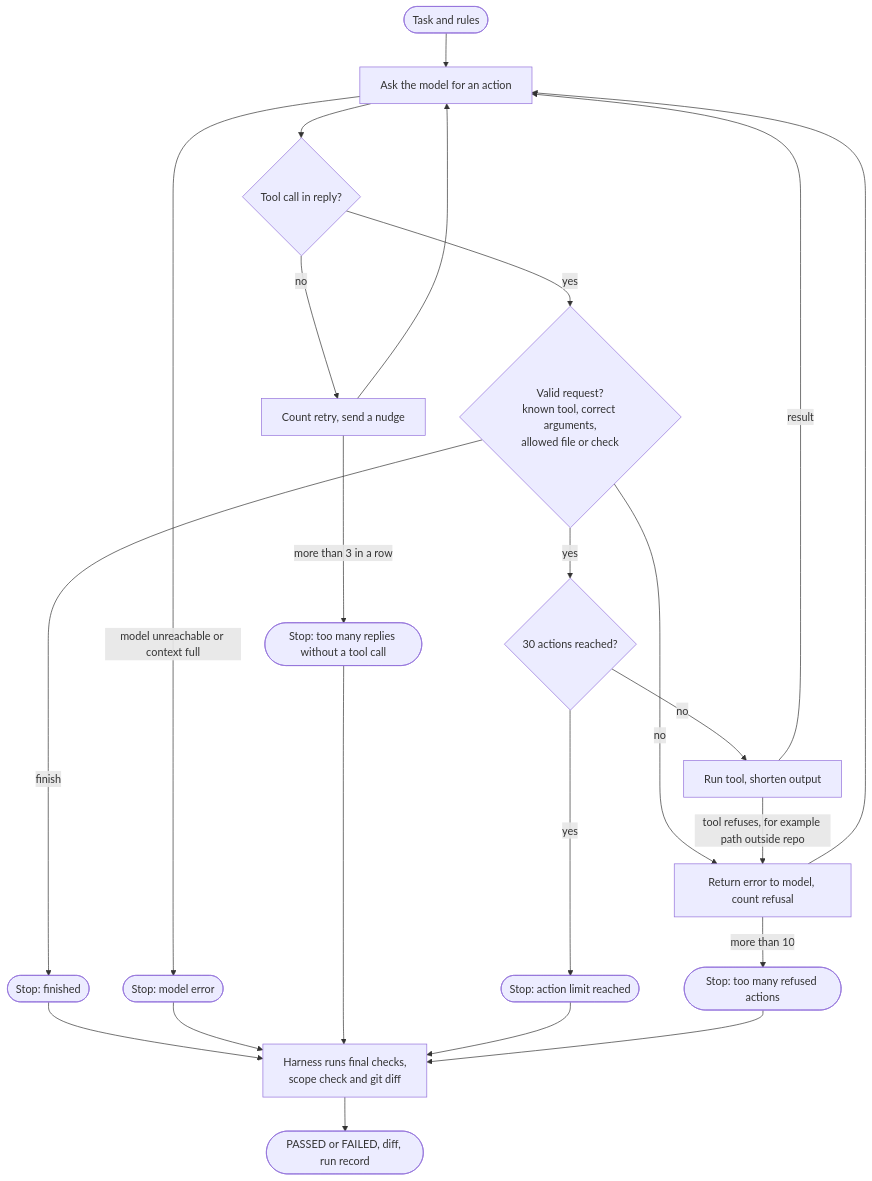
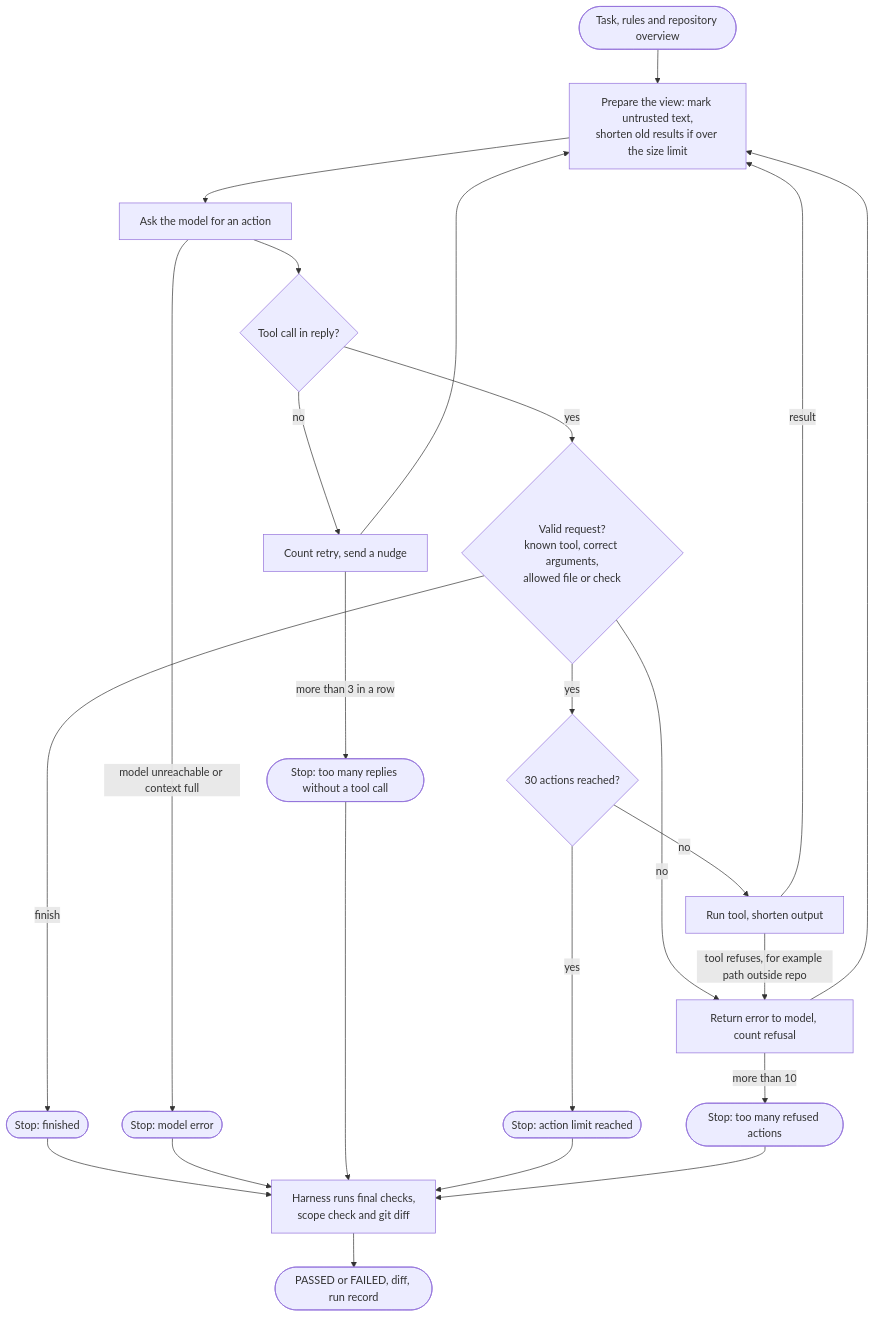
One commit to linda-gan/swe25-aaia-coding-harness changed the fourth of 5 diagrams in README.md. Above: the diagram before and after it, drawn with Mermaid. The commit also changed other lines of this file and 10 other files, not shown here.

Commit message:
Add context management: repository overview, untrusted markers, size limit

````diff
--- a/README.md
+++ b/README.md
@@ -305,25 +357,26 @@
 ```mermaid
 flowchart TD
-    Start(["Task and rules"]) --> Ask["Ask the model for an action"]
+    Start(["Task, rules and repository overview"]) --> Prepare["Prepare the view: mark untrusted text,<br/>shorten old results if over the size limit"]
+    Prepare --> Ask["Ask the model for an action"]
     Ask -->|"model unreachable or context full"| StopModel(["Stop: model error"])
     Ask --> HasCall{"Tool call in reply?"}
     HasCall -->|"no"| Retry["Count retry, send a nudge"]
     Retry -->|"more than 3 in a row"| StopRetry(["Stop: too many replies without a tool call"])
-    Retry --> Ask
+    Retry --> Prepare
     HasCall -->|"yes"| Validate{"Valid request?<br/>known tool, correct arguments,<br/>allowed file or check"}
     Validate -->|"no"| Refuse["Return error to model, count refusal"]
     Validate -->|"finish"| Done(["Stop: finished"])
     Validate -->|"yes"| Limit{"30 actions reached?"}
     Limit -->|"yes"| StopLimit(["Stop: action limit reached"])
     Limit -->|"no"| Run["Run tool, shorten output"]
     Run -->|"tool refuses, for example path outside repo"| Refuse
-    Run -->|"result"| Ask
+    Run -->|"result"| Prepare
     Refuse -->|"more than 10"| StopRefused(["Stop: too many refused actions"])
-    Refuse --> Ask
+    Refuse --> Prepare
     Done --> Verify["Harness runs final checks,<br/>scope check and git diff"]
     StopModel --> Verify
     StopRetry --> Verify
     StopLimit --> Verify
     StopRefused --> Verify
     Verify --> Result(["PASSED or FAILED, diff, run record"])
 ```
````
